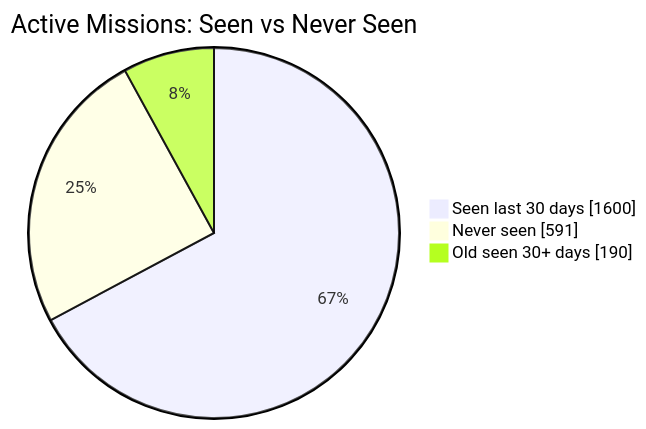
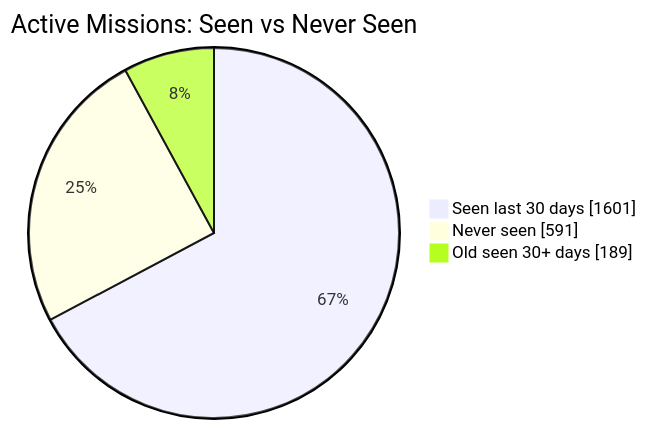
One commit to MeldkamerspelGameTeam/active-missions changed the first of 2 diagrams in README.md. Above: the diagram before and after it, drawn with Mermaid. The commit also changed other lines of this file and 2 other files, not shown here.

````diff
--- a/README.md
+++ b/README.md
@@ -34,7 +34,7 @@
 ```mermaid
 pie showData
     title Active Missions: Seen vs Never Seen
-    "Seen last 30 days" : 1600
+    "Seen last 30 days" : 1601
     "Never seen" : 591
-    "Old seen 30+ days" : 190
+    "Old seen 30+ days" : 189
 ```
````
